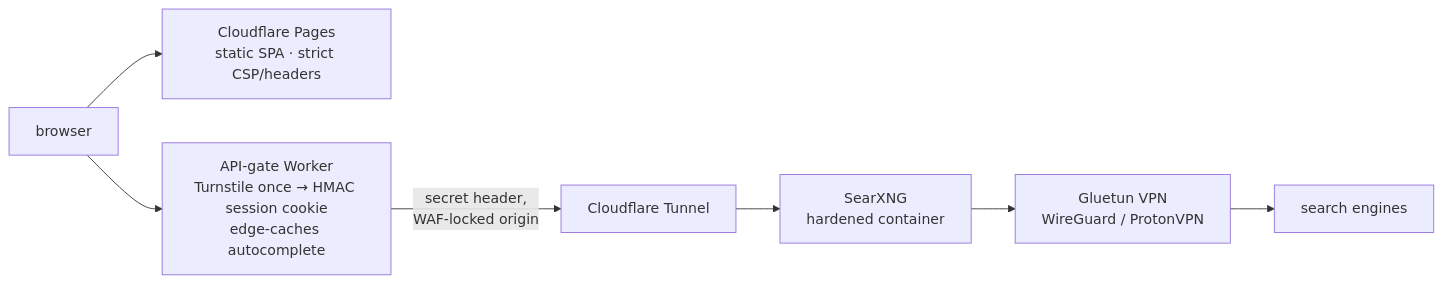
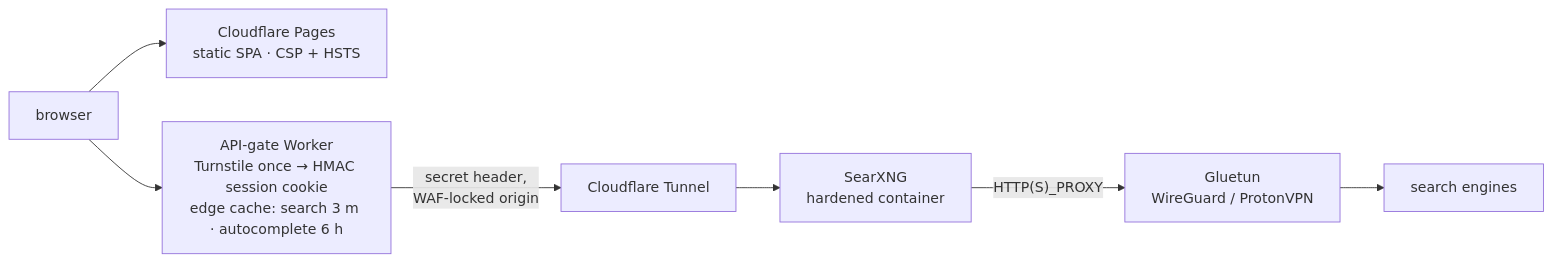
One commit to askalf/amnesia changed the diagram in README.md. Above: the diagram before and after it, drawn with Mermaid. The commit also changed other lines of this file and 2 other files, not shown here.

````diff
--- a/README.md
+++ b/README.md
@@ -40,9 +74,9 @@
 ```mermaid
 flowchart LR
-    B["browser"] --> P["Cloudflare Pages<br/>static SPA · strict CSP/headers"]
-    B --> W["API-gate Worker<br/>Turnstile once → HMAC session cookie<br/>edge-caches autocomplete"]
+    B["browser"] --> P["Cloudflare Pages<br/>static SPA · CSP + HSTS"]
+    B --> W["API-gate Worker<br/>Turnstile once → HMAC session cookie<br/>edge cache: search 3 m · autocomplete 6 h"]
     W -->|"secret header,<br/>WAF-locked origin"| T["Cloudflare Tunnel"]
     T --> S["SearXNG<br/>hardened container"]
-    S --> V["Gluetun VPN<br/>WireGuard / ProtonVPN"]
+    S -->|"HTTP(S)_PROXY"| V["Gluetun<br/>WireGuard / ProtonVPN"]
     V --> E["search engines"]
 ```
````
